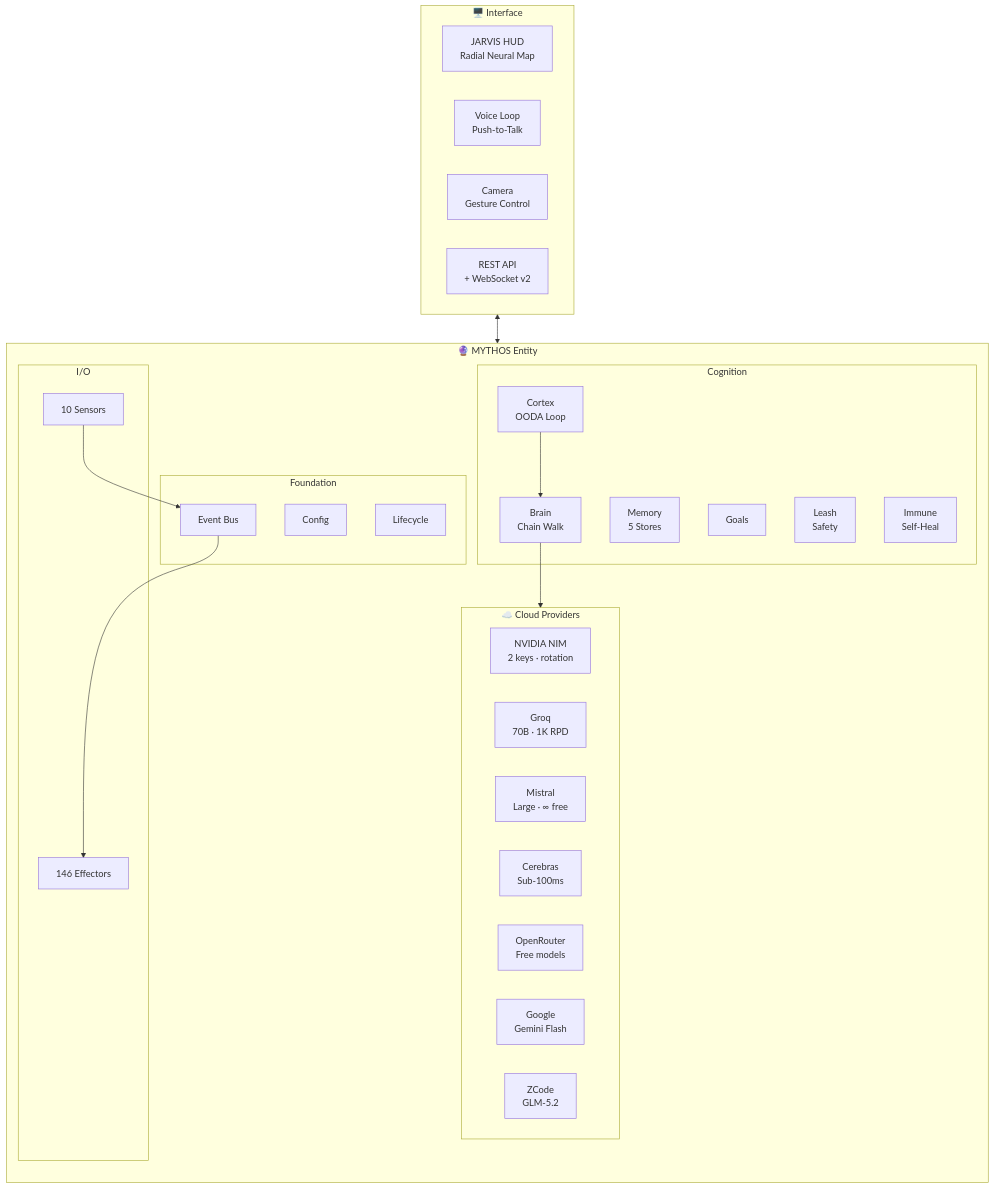
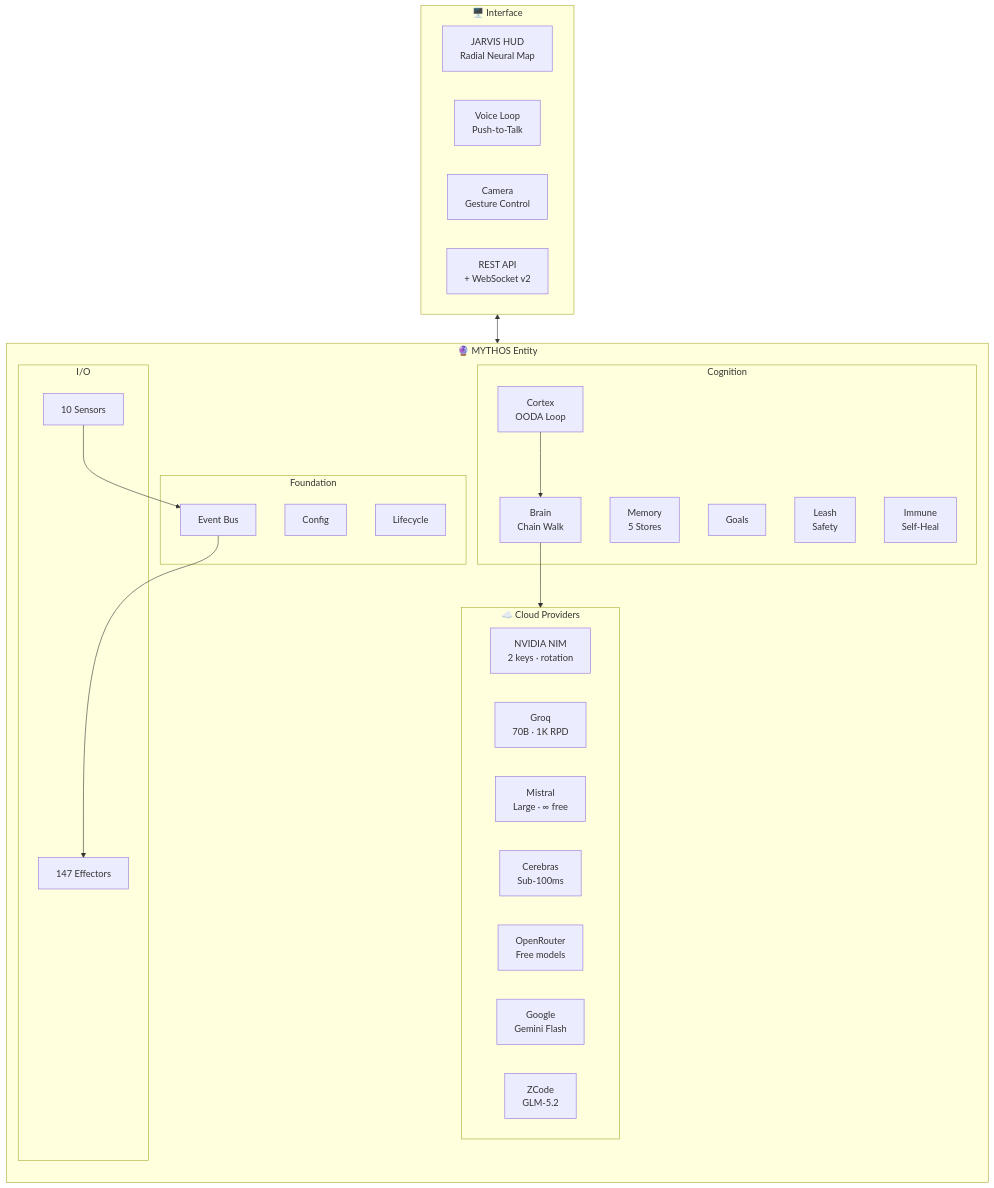
Before and after one commit to HailLucifer666/Agent_OS: the first of 11 diagrams in README.md, drawn with Mermaid. The commit also changed other lines of this file and 7 other files, not shown here.

````diff
--- a/README.md
+++ b/README.md
@@ -48,45 +48,45 @@
 ```mermaid
 flowchart TB
     subgraph Cloud["☁️ Cloud Providers"]
         direction LR
         NIM["NVIDIA NIM<br/>2 keys · rotation"]
         GQ["Groq<br/>70B · 1K RPD"]
         MI["Mistral<br/>Large · ∞ free"]
         CE["Cerebras<br/>Sub-100ms"]
         OR["OpenRouter<br/>Free models"]
         GOOG["Google<br/>Gemini Flash"]
         ZC["ZCode<br/>GLM-5.2"]
     end
 
     subgraph MYTHOS["🔮 MYTHOS Entity"]
         direction TB
         subgraph Foundation["Foundation"]
             CFG["Config"]
             BUS["Event Bus"]
             LIFE["Lifecycle"]
         end
         subgraph Cognition["Cognition"]
             CORT["Cortex<br/>OODA Loop"]
             BRN["Brain<br/>Chain Walk"]
             MEM["Memory<br/>5 Stores"]
             GOAL["Goals"]
             LEASH["Leash<br/>Safety"]
             IMM["Immune<br/>Self-Heal"]
         end
         subgraph IOLayer["I/O"]
             SENS["10 Sensors"]
-            EFF["146 Effectors"]
+            EFF["147 Effectors"]
         end
         CORT --> BRN --> Cloud
         SENS --> BUS --> EFF
     end
 
     subgraph Interface["🖥️ Interface"]
         HUD["JARVIS HUD<br/>Radial Neural Map"]
         VOICE["Voice Loop<br/>Push-to-Talk"]
         CAM["Camera<br/>Gesture Control"]
         API["REST API<br/>+ WebSocket v2"]
     end
 
     Interface <--> MYTHOS
 ```
````
